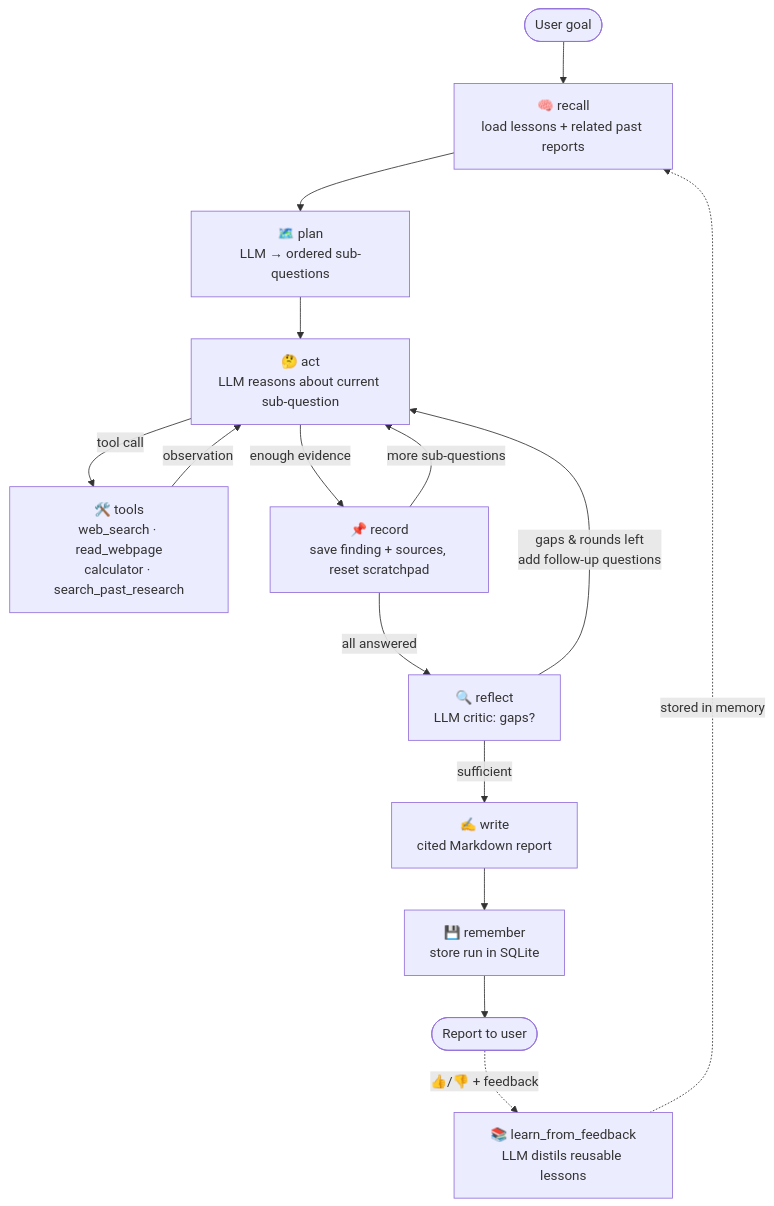
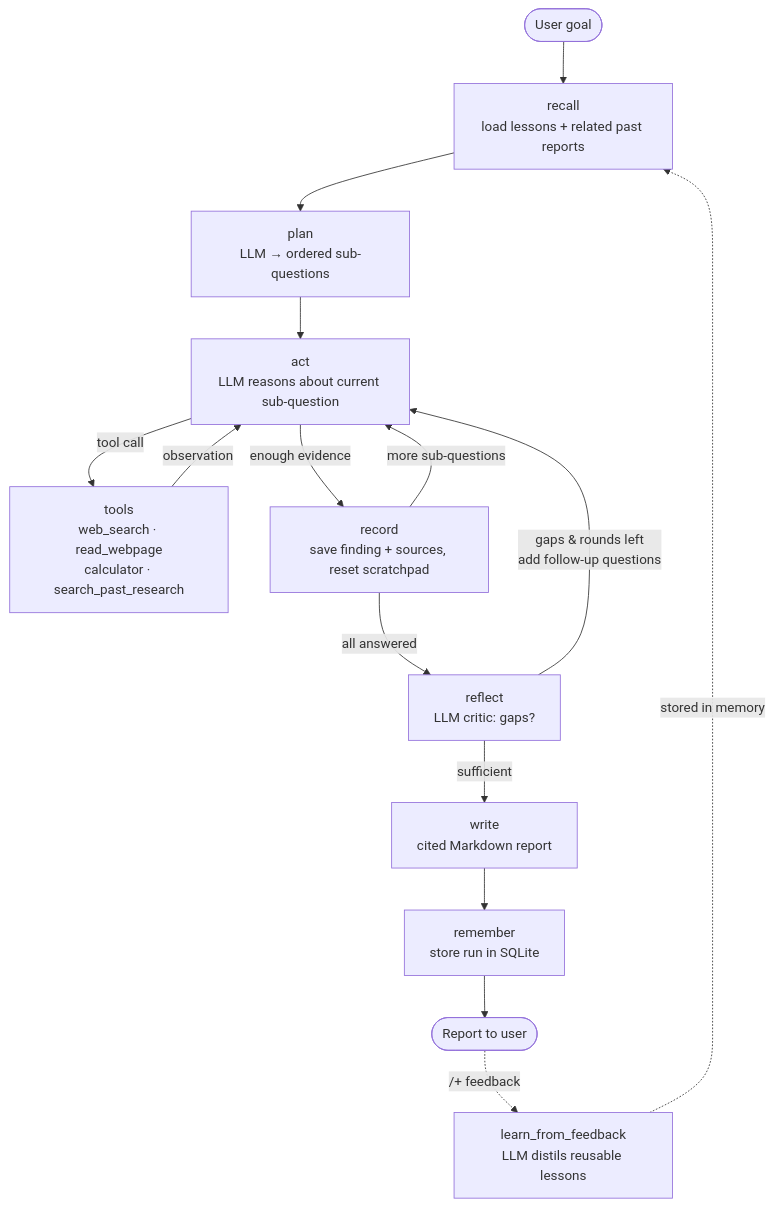
The diagram in README.md (Gurukiran10/research-agent), drawn with Mermaid before and after one commit. The commit also changed other lines of this file and 6 other files, not shown here.

First line of the commit message:
Redesign the web UI and tighten report quality

````diff
--- a/README.md
+++ b/README.md
@@ -58,17 +58,17 @@
 ```mermaid
 flowchart TD
-    U([User goal]) --> R[🧠 recall<br/>load lessons + related past reports]
-    R --> P[🗺️ plan<br/>LLM → ordered sub-questions]
-    P --> A[🤔 act<br/>LLM reasons about current sub-question]
-    A -- tool call --> T[🛠️ tools<br/>web_search · read_webpage<br/>calculator · search_past_research]
+    U([User goal]) --> R[recall<br/>load lessons + related past reports]
+    R --> P[plan<br/>LLM → ordered sub-questions]
+    P --> A[act<br/>LLM reasons about current sub-question]
+    A -- tool call --> T[tools<br/>web_search · read_webpage<br/>calculator · search_past_research]
     T -- observation --> A
-    A -- enough evidence --> REC[📌 record<br/>save finding + sources, reset scratchpad]
+    A -- enough evidence --> REC[record<br/>save finding + sources, reset scratchpad]
     REC -- more sub-questions --> A
-    REC -- all answered --> REF[🔍 reflect<br/>LLM critic: gaps?]
+    REC -- all answered --> REF[reflect<br/>LLM critic: gaps?]
     REF -- gaps & rounds left<br/>add follow-up questions --> A
-    REF -- sufficient --> W[✍️ write<br/>cited Markdown report]
-    W --> M[💾 remember<br/>store run in SQLite]
+    REF -- sufficient --> W[write<br/>cited Markdown report]
+    W --> M[remember<br/>store run in SQLite]
     M --> O([Report to user])
-    O -. 👍/👎 + feedback .-> L[📚 learn_from_feedback<br/>LLM distils reusable lessons]
+    O -. /+ feedback .-> L[learn_from_feedback<br/>LLM distils reusable lessons]
     L -. stored in memory .-> R
 ```
````
